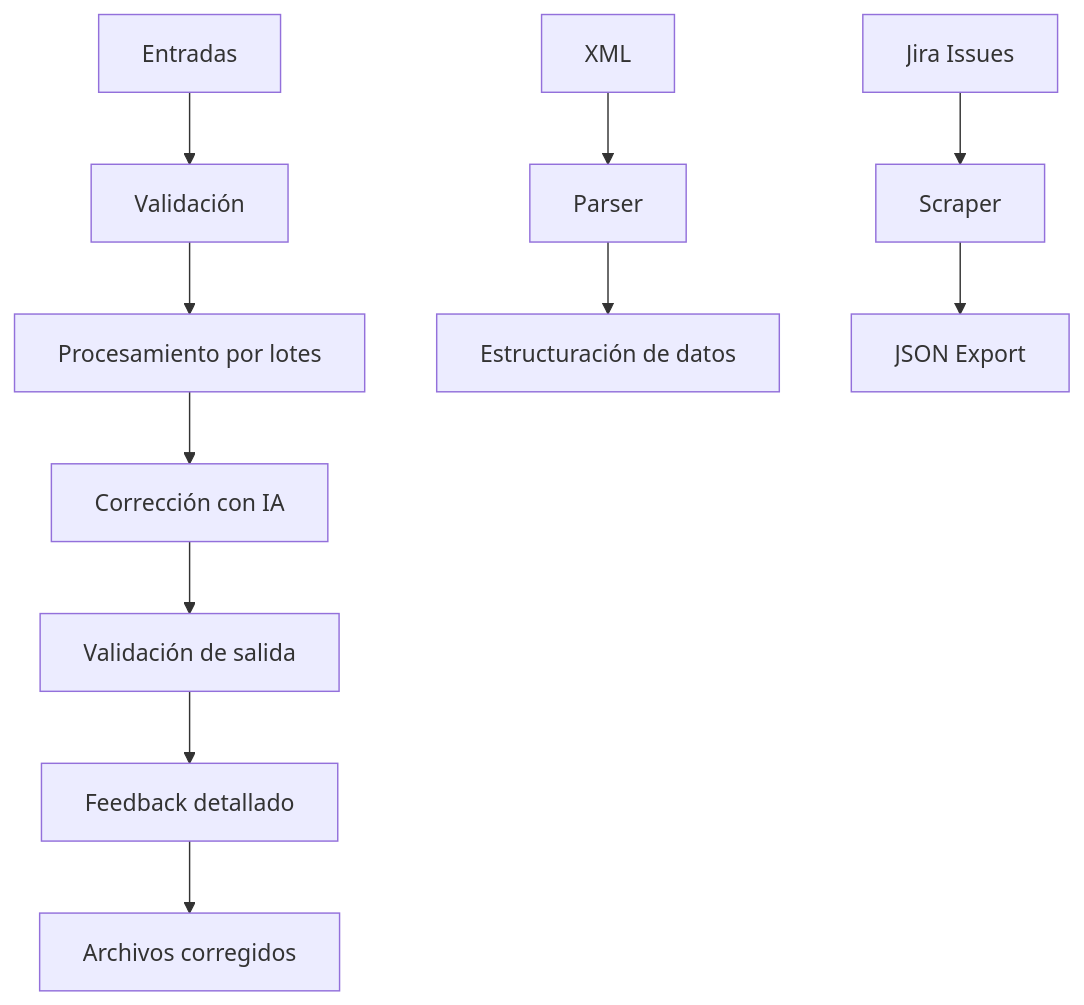
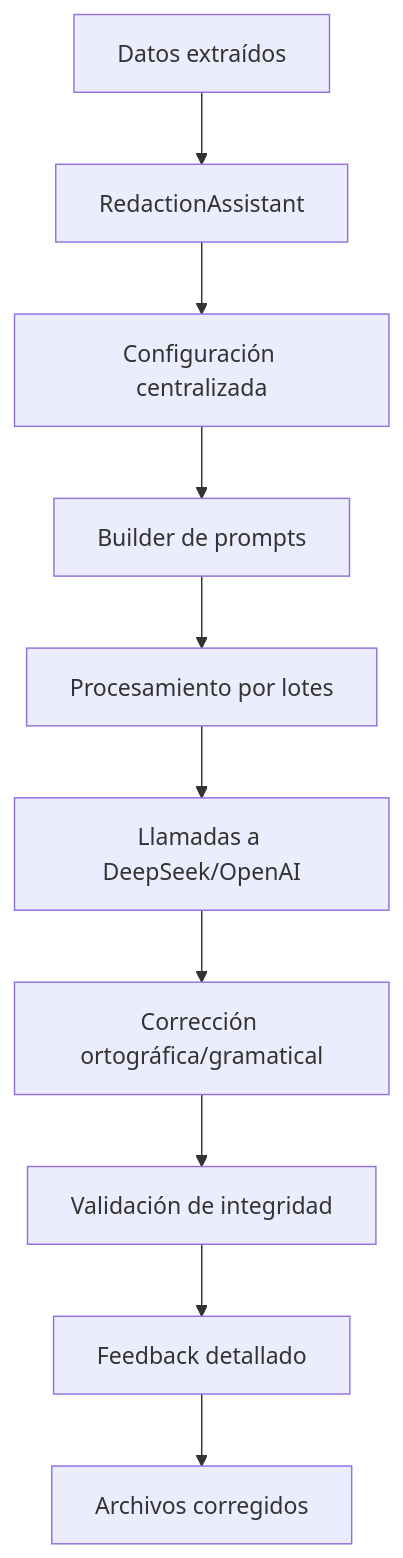
One commit to R0SEWT/tests_automation changed the fourth of 5 diagrams in README.md. Above: the diagram before and after it, drawn with Mermaid. The commit also changed other lines of this file and 3 other files, not shown here.

````diff
--- a/README.md
+++ b/README.md
@@ -283,13 +362,12 @@
 ```mermaid
 graph TD
-    A[Entradas] --> B[Validación]
-    B --> C[Procesamiento por lotes]
-    C --> D[Corrección con IA]
-    D --> E[Validación de salida]
-    E --> F[Feedback detallado]
-    F --> G[Archivos corregidos]
-    H[XML] --> I[Parser]
-    I --> J[Estructuración de datos]
-    K[Jira Issues] --> L[Scraper]
-    L --> M[JSON Export]
+    A[Datos extraídos] --> B[RedactionAssistant]
+    B --> C[Configuración centralizada]
+    C --> D[Builder de prompts]
+    D --> E[Procesamiento por lotes]
+    E --> F[Llamadas a DeepSeek/OpenAI]
+    F --> G[Corrección ortográfica/gramatical]
+    G --> H[Validación de integridad]
+    H --> I[Feedback detallado]
+    I --> J[Archivos corregidos]
 ```
````
